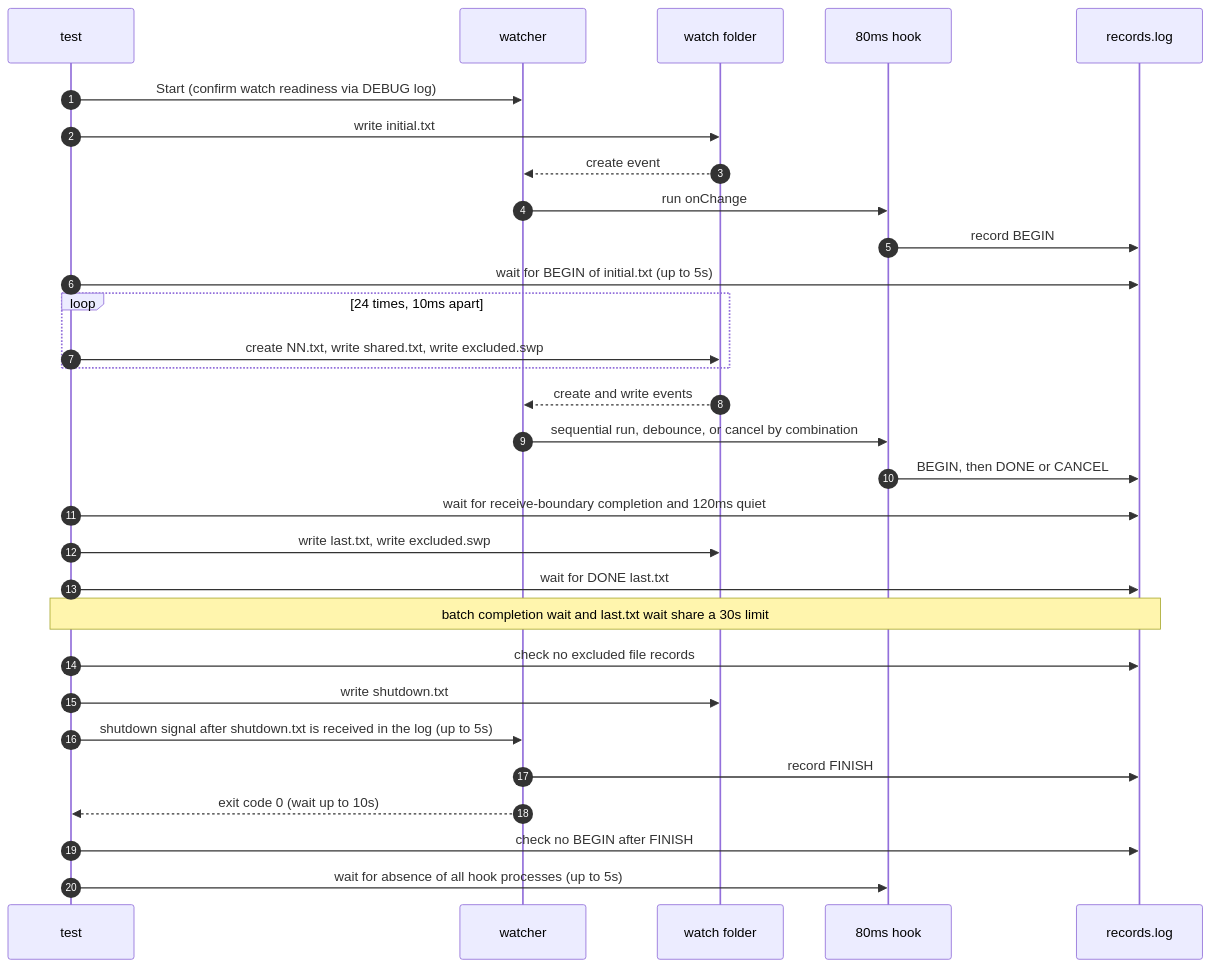
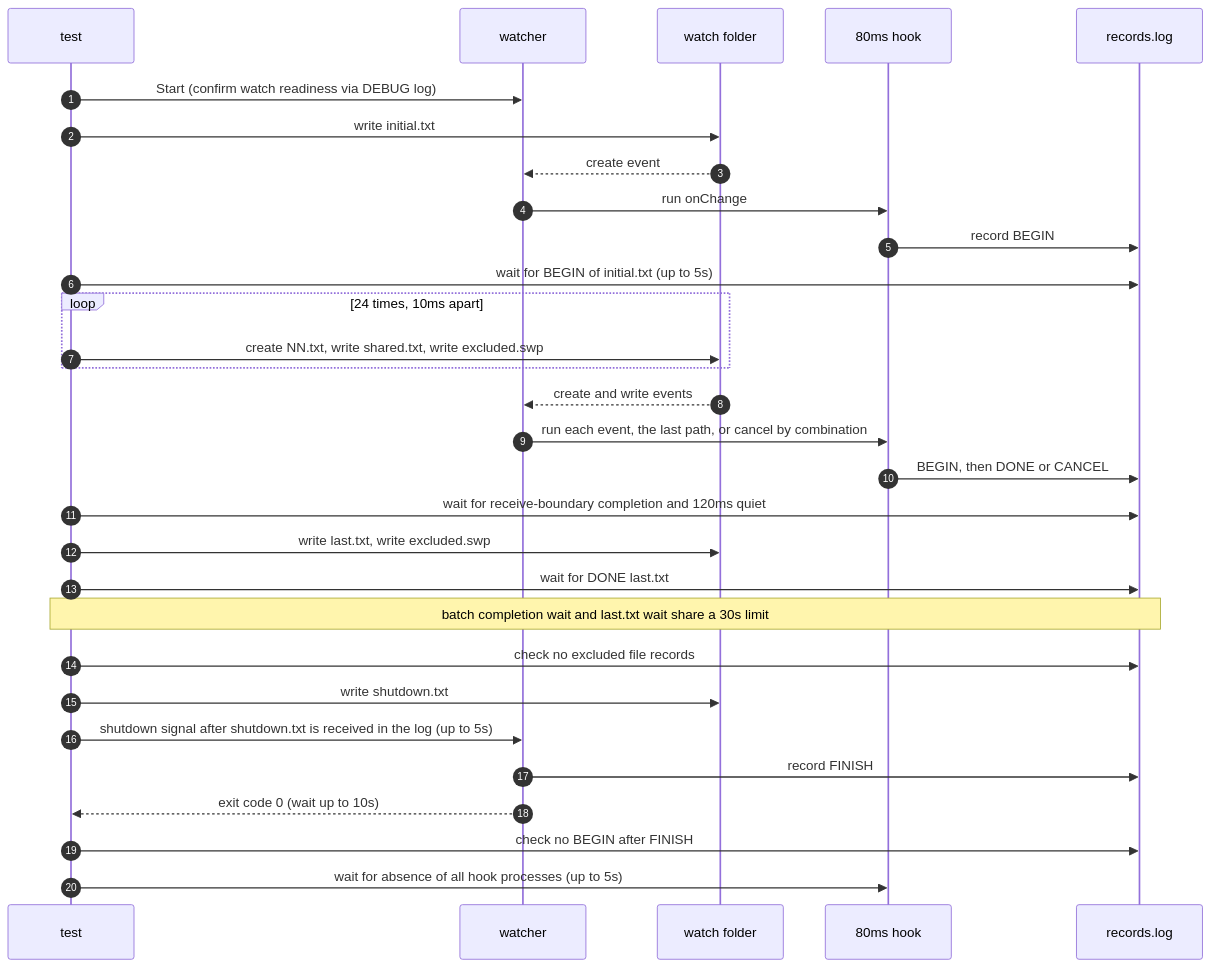
Before and after one commit to seungyeop-lee/directory-watcher: the diagram in e2e/docs/scenarios/fast-inflow-slow-hook.md, drawn with Mermaid. The commit also changed other lines of this file and 47 other files, not shown here.

````diff
--- a/e2e/docs/scenarios/fast-inflow-slow-hook.md
+++ b/e2e/docs/scenarios/fast-inflow-slow-hook.md
@@ -34,32 +34,32 @@
 ```mermaid
 sequenceDiagram
     autonumber
     participant testCode as test
     participant watcherProc as watcher
     participant watchDir as watch folder
     participant slowHook as 80ms hook
     participant recordFile as records.log
     testCode->>watcherProc: Start (confirm watch readiness via DEBUG log)
     testCode->>watchDir: write initial.txt
     watchDir-->>watcherProc: create event
     watcherProc->>slowHook: run onChange
     slowHook->>recordFile: record BEGIN
     testCode->>recordFile: wait for BEGIN of initial.txt (up to 5s)
     loop 24 times, 10ms apart
         testCode->>watchDir: create NN.txt, write shared.txt, write excluded.swp
     end
     watchDir-->>watcherProc: create and write events
-    watcherProc->>slowHook: sequential run, debounce, or cancel by combination
+    watcherProc->>slowHook: run each event, the last path, or cancel by combination
     slowHook->>recordFile: BEGIN, then DONE or CANCEL
     testCode->>recordFile: wait for receive-boundary completion and 120ms quiet
     testCode->>watchDir: write last.txt, write excluded.swp
     testCode->>recordFile: wait for DONE last.txt
     Note over testCode,recordFile: batch completion wait and last.txt wait share a 30s limit
     testCode->>recordFile: check no excluded file records
     testCode->>watchDir: write shutdown.txt
     testCode->>watcherProc: shutdown signal after shutdown.txt is received in the log (up to 5s)
     watcherProc->>recordFile: record FINISH
     watcherProc-->>testCode: exit code 0 (wait up to 10s)
     testCode->>recordFile: check no BEGIN after FINISH
     testCode->>slowHook: wait for absence of all hook processes (up to 5s)
 ```
````
